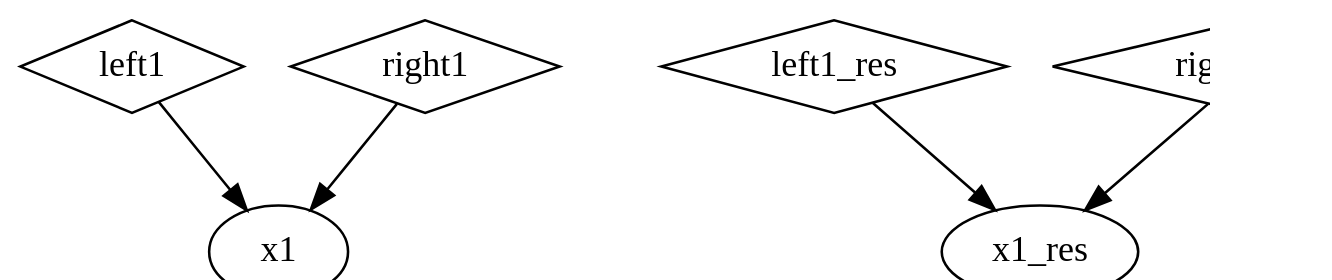
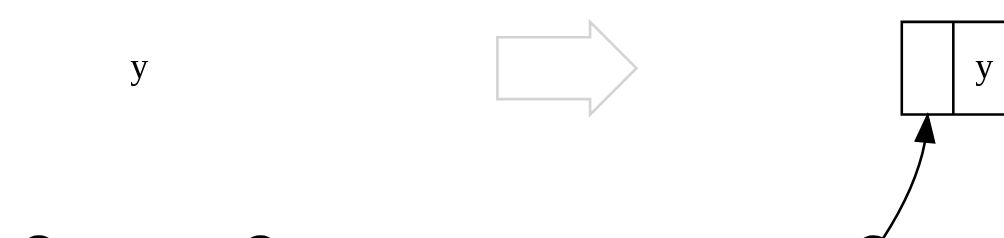
Diagram 21 of 24 in manuscript/book.org (fommil/fpmortals), drawn with Graphviz before and after one commit. The commit also changed other lines of this file and 6 other files, not shown here.

```diff
--- a/manuscript/book.org
+++ b/manuscript/book.org
@@ -7420,29 +7447,27 @@
-#+BEGIN_SRC dot :cmd dot :file images/balanceL.png :exports results
+#+BEGIN_SRC dot :cmd dot :file images/balanceL-1.png :exports results
 digraph G {
-    graph [dpi=100];
+    graph [dpi=100, rankdir=BT,nodesep=1];
     node [fontname=Hack];
     compound=true;
 
-    subgraph case1 {
-      x1;
-      left1 [shape=diamond];
-      right1 [shape=diamond];
-      left1 -> x1;
-      right1 -> x1;
-
-      DUMMY_1 [shape=point style=invis];
-    }
-    subgraph case1_res {
-      x1_res;
-      left1_res [shape=diamond];
-      right1_res [shape=diamond];
-      left1_res -> x1_res;
-      right1_res -> x1_res;
-
-      DUMMY_1_RES [shape=point style=invis];
+    subgraph case {
+      y [label="y",color=white];
+      left [shape=point,width=0.2];
+      right [shape=point,width=0.2];
+      left -> y [style=invis];
+      right -> y [style=invis];
     }
 
-    #DUMMY_1 -> DUMMY_1_RES [ltail=case1,lhead=case1_res];
+    goes_to [shape=rarrow,label="",color=lightgray];
+    hack_2 [style=invis];
+    hack_2 -> goes_to [style=invis];
 
+    subgraph case_ {
+      y_ [shape=record, label="<left> | <y> y | <right>"];
+      left_ [shape=point,width=0.2];
+      right_ [shape=point,width=0.2];
+      left_ -> y_:left;
+      right_ -> y_:right;
+    }
 }
 #+END_SRC
```
